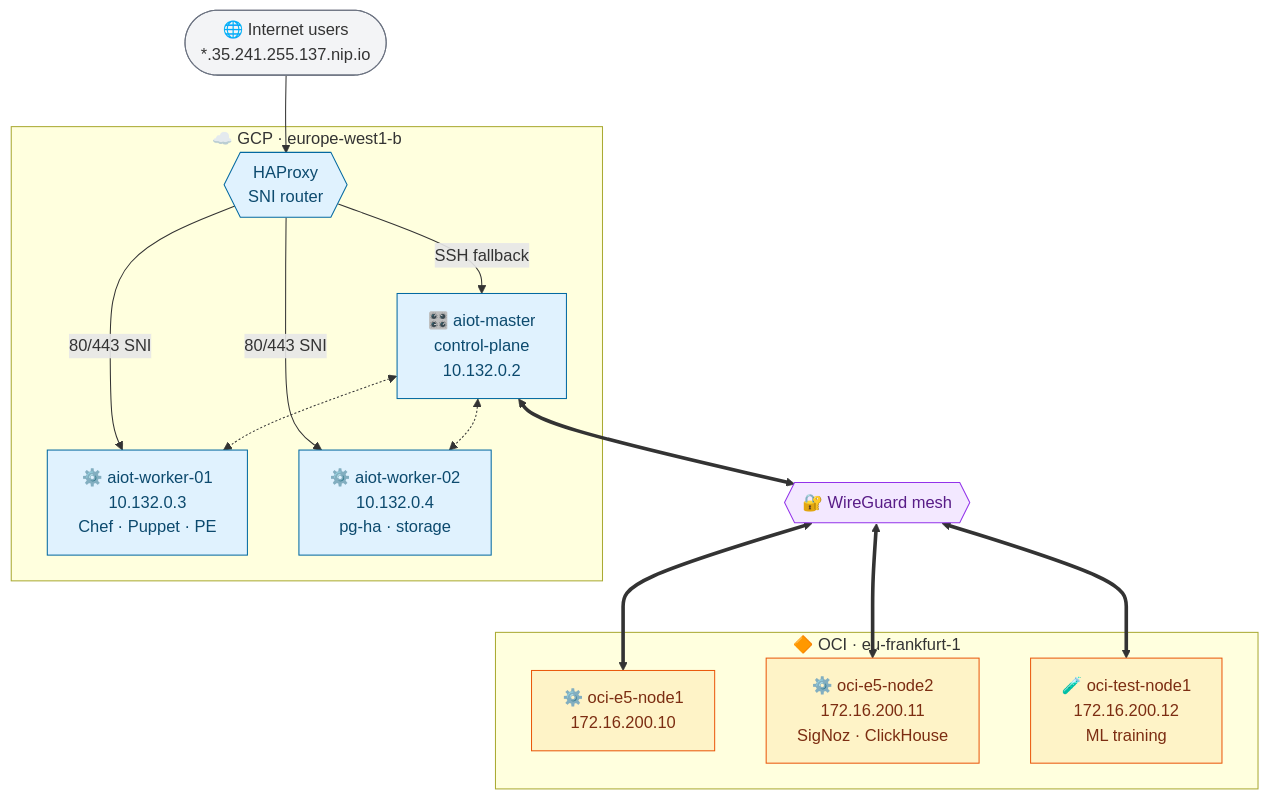
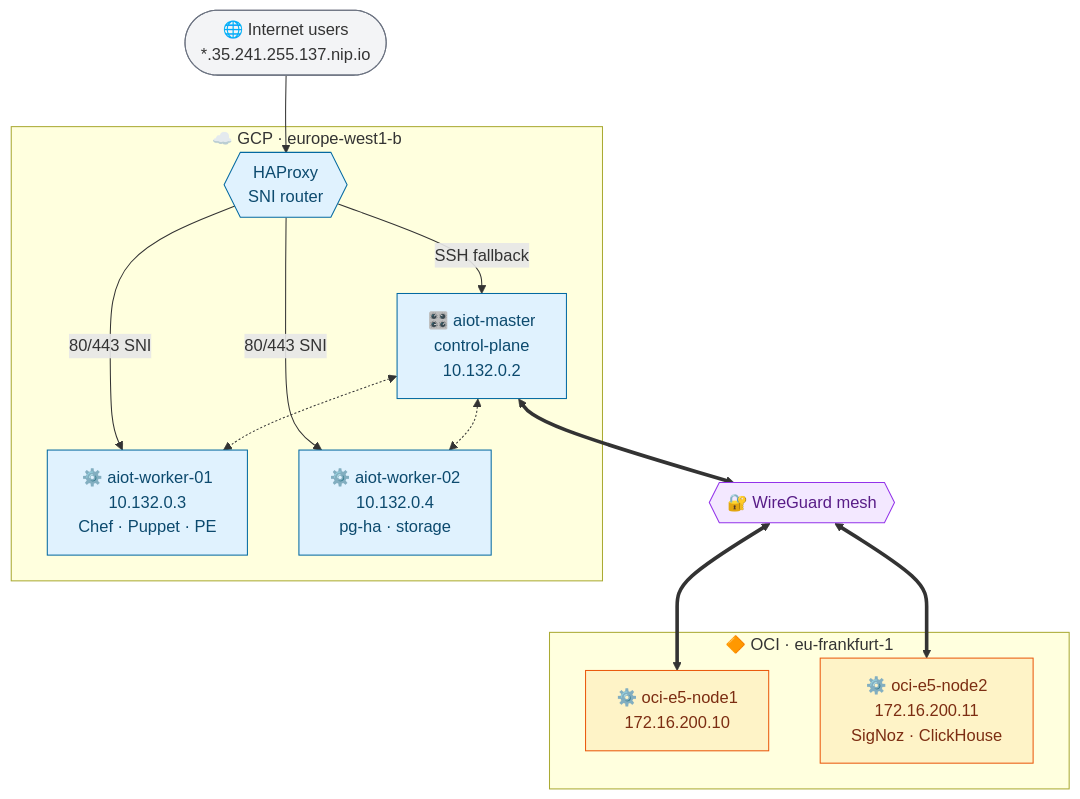
Before and after one commit to ondrejnr/aiot-platform: the third of 5 diagrams in README.md, drawn with Mermaid. The commit also changed other lines of this file and 554 other files, not shown here.

````diff
--- a/README.md
+++ b/README.md
@@ -147,37 +147,36 @@
 ```mermaid
 flowchart TB
     USER(["🌐 Internet users<br/>*.35.241.255.137.nip.io"])
 
     subgraph GCP["☁️ GCP · europe-west1-b"]
         HA{{"HAProxy<br/>SNI router"}}
         M["🎛️ aiot-master<br/>control-plane<br/>10.132.0.2"]
         W1["⚙️ aiot-worker-01<br/>10.132.0.3<br/>Chef · Puppet · PE"]
         W2["⚙️ aiot-worker-02<br/>10.132.0.4<br/>pg-ha · storage"]
     end
 
     subgraph OCI["🔶 OCI · eu-frankfurt-1"]
         O1["⚙️ oci-e5-node1<br/>172.16.200.10"]
         O2["⚙️ oci-e5-node2<br/>172.16.200.11<br/>SigNoz · ClickHouse"]
-        O3["🧪 oci-test-node1<br/>172.16.200.12<br/>ML training"]
     end
 
     WG{{"🔐 WireGuard mesh"}}
 
     USER --> HA
     HA -->|80/443 SNI| W1
     HA -->|80/443 SNI| W2
     HA -->|SSH fallback| M
 
     M <-.-> W1 & W2
     M <==> WG
-    WG <==> O1 & O2 & O3
+    WG <==> O1 & O2
 
     classDef gcp fill:#e0f2fe,stroke:#0369a1,color:#0c4a6e
     classDef oci fill:#fef3c7,stroke:#ea580c,color:#7c2d12
     classDef tun fill:#f3e8ff,stroke:#9333ea,color:#581c87
     classDef ext fill:#f3f4f6,stroke:#6b7280
     class M,W1,W2,HA gcp
-    class O1,O2,O3 oci
+    class O1,O2 oci
     class WG tun
     class USER ext
 ```
````
